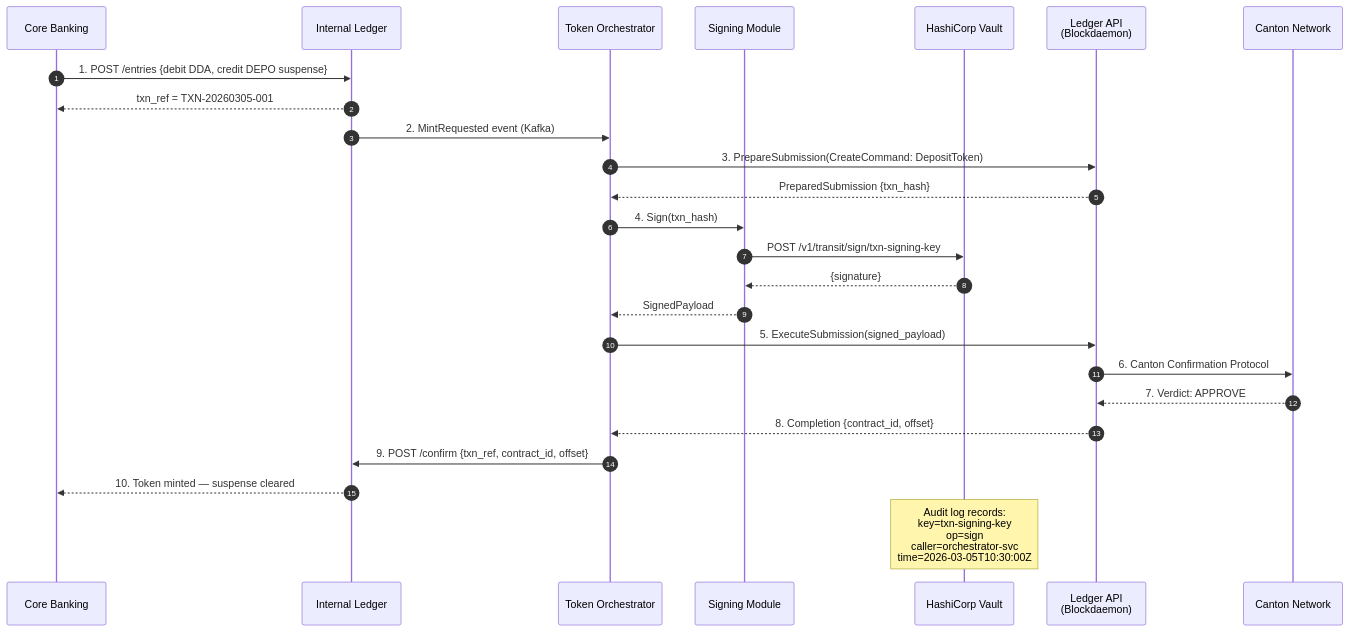
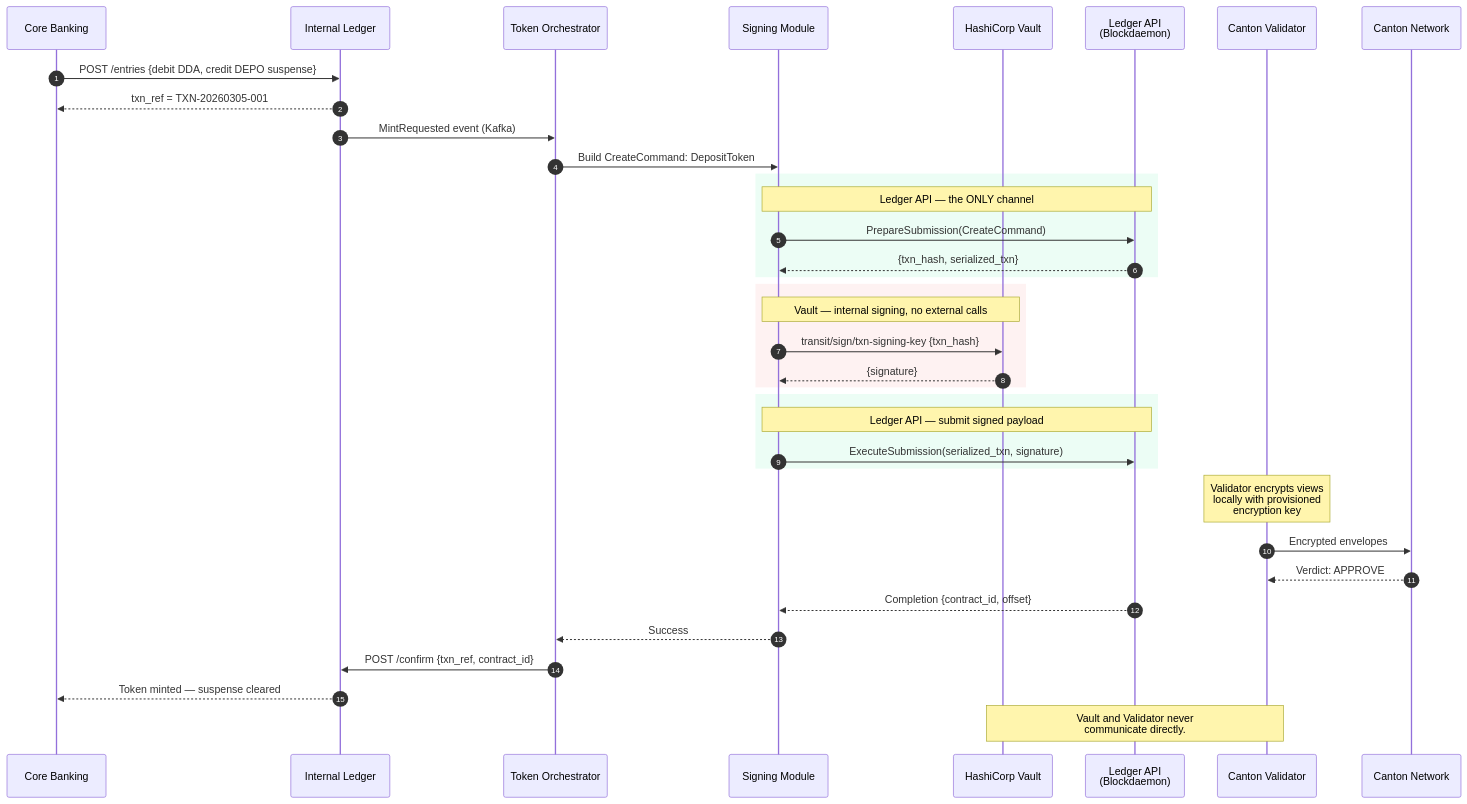
One commit to sickle5stone/canton changed the eighth of 8 diagrams in vault-blockdaemon-kms-architecture.md. Above: the diagram before and after it, drawn with Mermaid. The commit also changed other lines of this file and 5 other files, not shown here.

First line of the commit message:
Rewrite KMS architecture: one-time key provisioning with full segregation

````diff
--- a/vault-blockdaemon-kms-architecture.md
+++ b/vault-blockdaemon-kms-architecture.md
@@ -309,33 +388,47 @@
 ```mermaid
 sequenceDiagram
     autonumber
     participant CB as Core Banking
     participant IL as Internal Ledger
     participant ORCH as Token Orchestrator
     participant SIGNER as Signing Module
     participant VAULT as HashiCorp Vault
     participant LAPI as Ledger API<br/>(Blockdaemon)
+    participant VALIDATOR as Canton Validator
     participant CANTON as Canton Network
 
-    CB->>IL: 1. POST /entries {debit DDA, credit DEPO suspense}
+    CB->>IL: POST /entries {debit DDA, credit DEPO suspense}
     IL-->>CB: txn_ref = TXN-20260305-001
-    IL->>ORCH: 2. MintRequested event (Kafka)
+    IL->>ORCH: MintRequested event (Kafka)
 
-    ORCH->>LAPI: 3. PrepareSubmission(CreateCommand: DepositToken)
-    LAPI-->>ORCH: PreparedSubmission {txn_hash}
+    ORCH->>SIGNER: Build CreateCommand: DepositToken
 
-    ORCH->>SIGNER: 4. Sign(txn_hash)
-    SIGNER->>VAULT: POST /v1/transit/sign/txn-signing-key
-    VAULT-->>SIGNER: {signature}
-    SIGNER-->>ORCH: SignedPayload
+    rect rgb(236, 253, 245)
+        Note over SIGNER,LAPI: Ledger API — the ONLY channel
+        SIGNER->>LAPI: PrepareSubmission(CreateCommand)
+        LAPI-->>SIGNER: {txn_hash, serialized_txn}
+    end
 
-    ORCH->>LAPI: 5. ExecuteSubmission(signed_payload)
-    LAPI->>CANTON: 6. Canton Confirmation Protocol
-    CANTON-->>LAPI: 7. Verdict: APPROVE
-    LAPI-->>ORCH: 8. Completion {contract_id, offset}
+    rect rgb(254, 242, 242)
+        Note over SIGNER,VAULT: Vault — internal signing, no external calls
+        SIGNER->>VAULT: transit/sign/txn-signing-key {txn_hash}
+        VAULT-->>SIGNER: {signature}
+    end
 
-    ORCH->>IL: 9. POST /confirm {txn_ref, contract_id, offset}
-    IL-->>CB: 10. Token minted — suspense cleared
+    rect rgb(236, 253, 245)
+        Note over SIGNER,LAPI: Ledger API — submit signed payload
+        SIGNER->>LAPI: ExecuteSubmission(serialized_txn, signature)
+    end
 
-    Note over VAULT: Audit log records:<br/>key=txn-signing-key<br/>op=sign<br/>caller=orchestrator-svc<br/>time=2026-03-05T10:30:00Z
+    Note over VALIDATOR: Validator encrypts views<br/>locally with provisioned<br/>encryption key
+
+    VALIDATOR->>CANTON: Encrypted envelopes
+    CANTON-->>VALIDATOR: Verdict: APPROVE
+    LAPI-->>SIGNER: Completion {contract_id, offset}
+
+    SIGNER-->>ORCH: Success
+    ORCH->>IL: POST /confirm {txn_ref, contract_id}
+    IL-->>CB: Token minted — suspense cleared
+
+    Note over VAULT,VALIDATOR: Vault and Validator never<br/>communicate directly.
 ```
````
